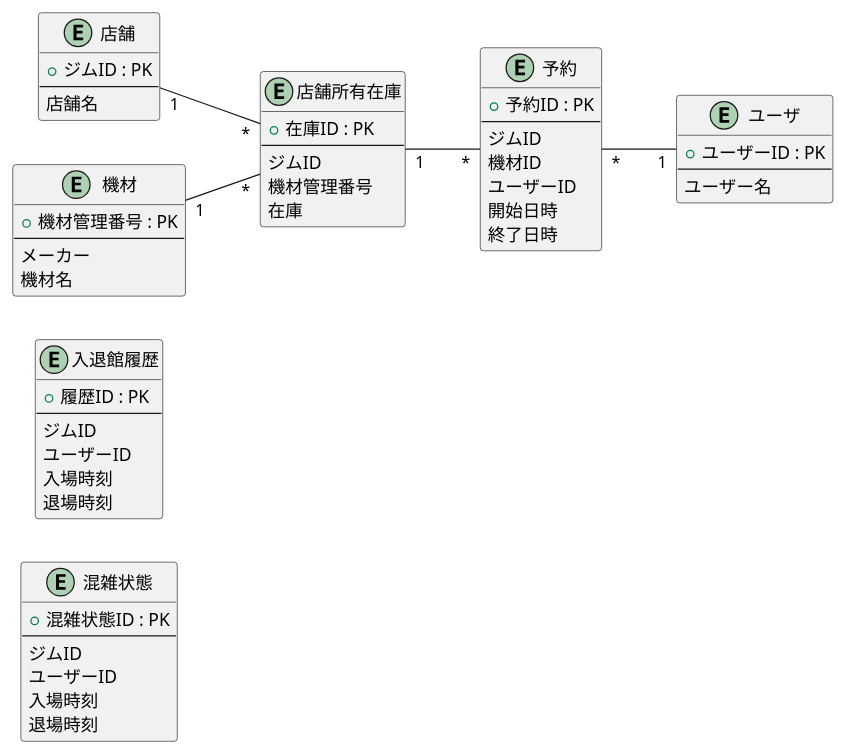
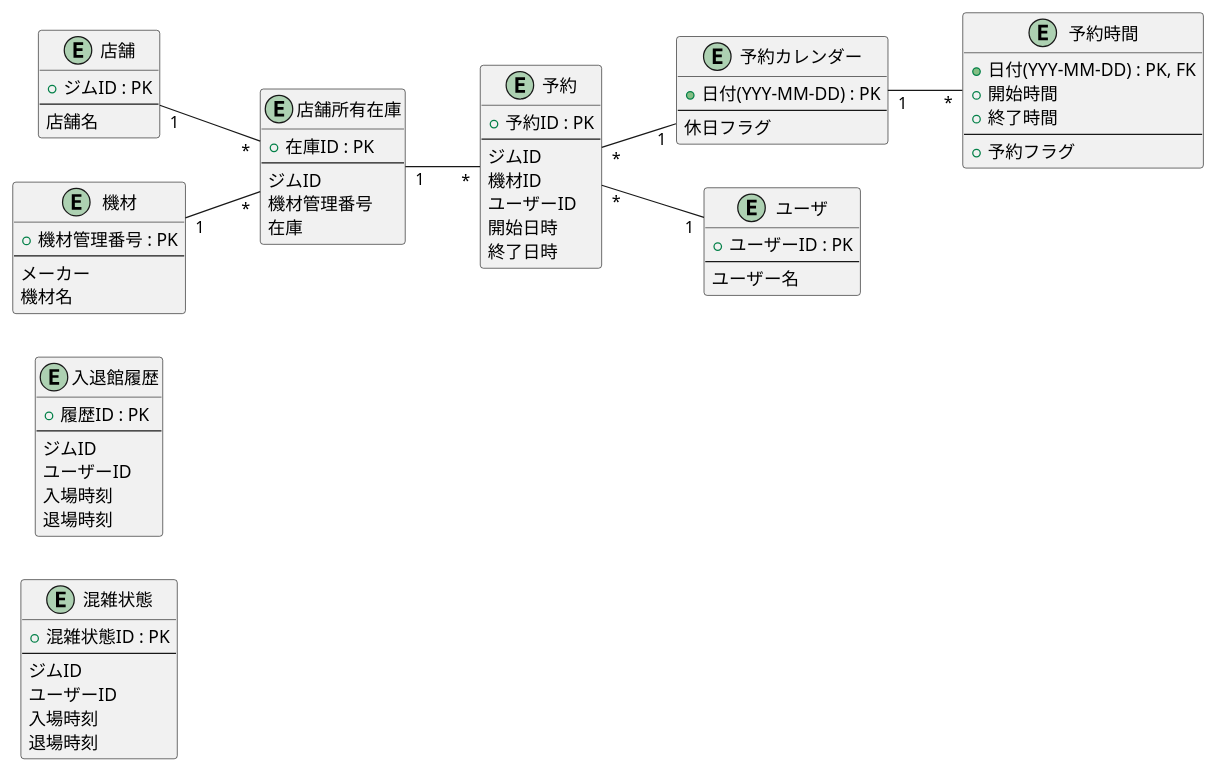
The diagram in docs/概念データモデル.pu (kohei-iwamoto-wa/gym-management), drawn with PlantUML before and after one commit.

Commit message:
概念データモデルの修正を行いました。

```diff
--- a/docs/概念データモデル.pu
+++ b/docs/概念データモデル.pu
@@ -1,65 +1,82 @@
 @startuml
 
 left to right direction
 
 entity 混雑状態 {
     + 混雑状態ID : PK
     --
     ジムID
     ユーザーID
     入場時刻
     退場時刻
 }
 
 entity 入退館履歴 {
     + 履歴ID : PK
     --
     ジムID
     ユーザーID
     入場時刻
     退場時刻
 }
 
 entity 予約 {
     + 予約ID : PK
     --
     ジムID
     機材ID
     ユーザーID
     開始日時
     終了日時
+}
+
+entity 予約カレンダー {
+    + 日付(YYY-MM-DD) : PK
+    --
+    休日フラグ
+}
+
+'30分単位で予約できる
+entity 予約時間 {
+    + 日付(YYY-MM-DD) : PK, FK
+    + 開始時間
+    + 終了時間
+    --
+    + 予約フラグ
 }
 
 entity 店舗 {
     + ジムID : PK
     --
     店舗名
 }
 
 entity 機材 {
     + 機材管理番号 : PK
     --
     メーカー
     機材名
 }
 
 entity 店舗所有在庫 {
     + 在庫ID : PK
     --
     ジムID
     機材管理番号
     在庫
 }
 
 entity ユーザ {
     + ユーザーID : PK
     --
     ユーザー名
 }
 
 機材 "1" -- "*" 店舗所有在庫
 店舗 "1" -- "*" 店舗所有在庫
 店舗所有在庫 "1" -- "*" 予約
 予約 "*" -- "1" ユーザ
+予約カレンダー "1" -- "*" 予約時間
+予約 "*" -- "1" 予約カレンダー
 
 @enduml
```
